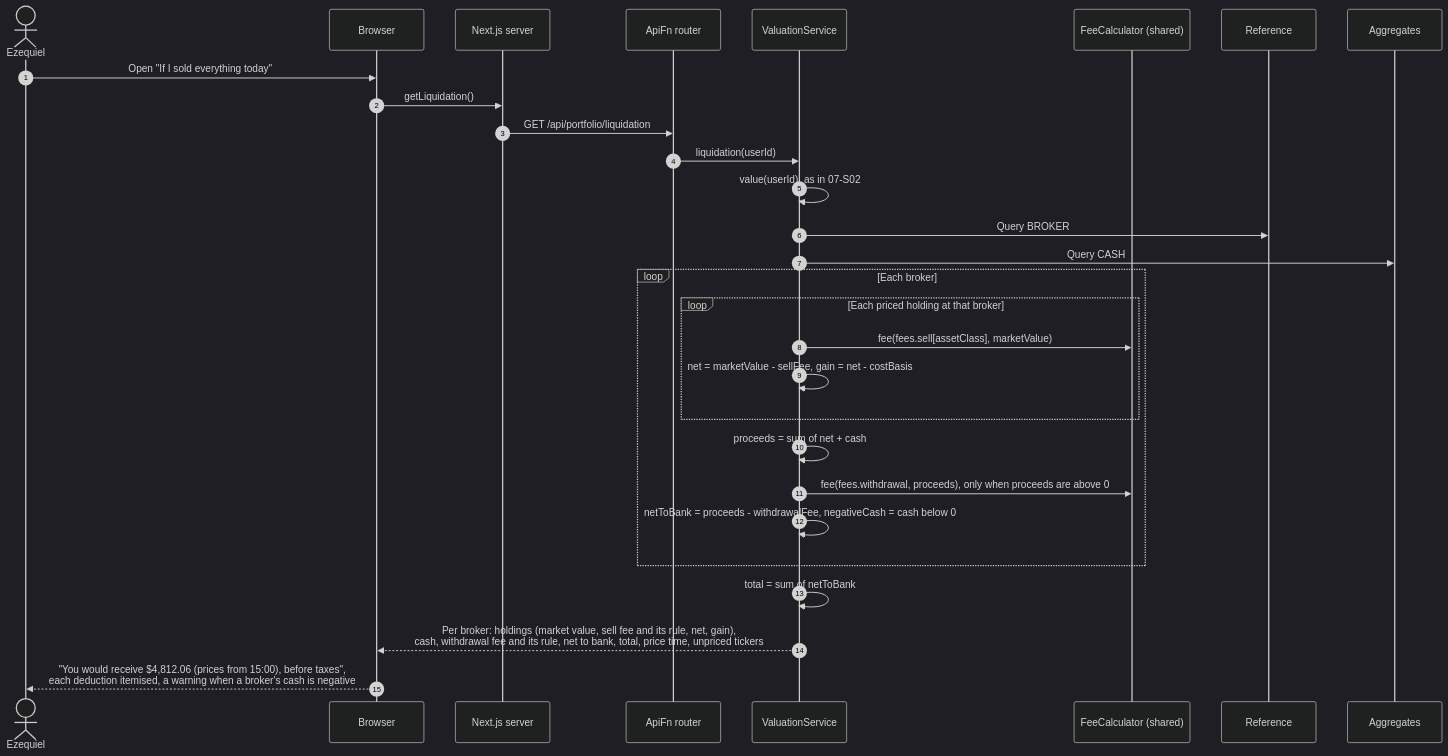
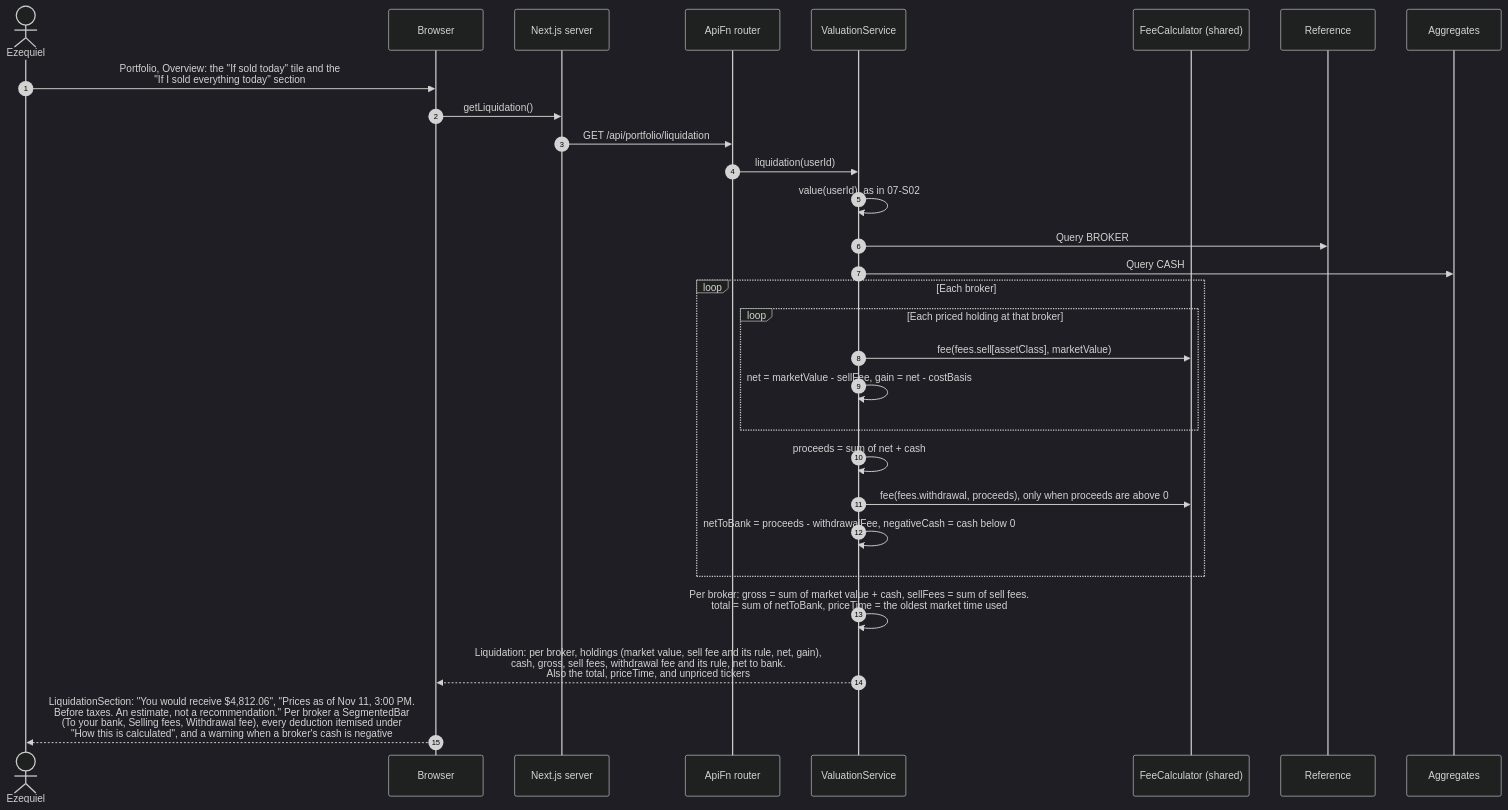
One commit to Ezequiel294/cs3365-finance-app changed the sixth of 6 diagrams in docs/diagrams/sequences/07-investments-and-net-worth.md. Above: the diagram before and after it, drawn with Mermaid (dark theme). The commit also changed other lines of this file and 18 other files, not shown here.

Commit message:
attempt 3 design/architecture changes

````diff
--- a/docs/diagrams/sequences/07-investments-and-net-worth.md
+++ b/docs/diagrams/sequences/07-investments-and-net-worth.md
@@ -280,32 +355,32 @@
 ```mermaid
 sequenceDiagram
     autonumber
     actor U as Ezequiel
     participant UI as Browser
     participant Web as Next.js server
     participant API as ApiFn router
     participant VS as ValuationService
     participant FC as FeeCalculator (shared)
     participant Ref as Reference
     participant Agg as Aggregates
 
-    U->>UI: Open "If I sold everything today"
+    U->>UI: Portfolio, Overview: the "If sold today" tile and the<br/>"If I sold everything today" section
     UI->>Web: getLiquidation()
     Web->>API: GET /api/portfolio/liquidation
     API->>VS: liquidation(userId)
     VS->>VS: value(userId), as in 07-S02
     VS->>Ref: Query BROKER# (fee schedules)
     VS->>Agg: Query CASH# per broker
     loop Each broker
         loop Each priced holding at that broker
             VS->>FC: fee(fees.sell[assetClass], marketValue)
             VS->>VS: net = marketValue - sellFee, gain = net - costBasis
         end
         VS->>VS: proceeds = sum of net + cash
         VS->>FC: fee(fees.withdrawal, proceeds), only when proceeds are above 0
         VS->>VS: netToBank = proceeds - withdrawalFee, negativeCash = cash below 0
     end
-    VS->>VS: total = sum of netToBank
-    VS-->>UI: Per broker: holdings (market value, sell fee and its rule, net, gain),<br/>cash, withdrawal fee and its rule, net to bank, total, price time, unpriced tickers
-    UI-->>U: "You would receive $4,812.06 (prices from 15:00), before taxes",<br/>each deduction itemised, a warning when a broker's cash is negative
+    VS->>VS: Per broker: gross = sum of market value + cash, sellFees = sum of sell fees.<br/>total = sum of netToBank, priceTime = the oldest market time used
+    VS-->>UI: Liquidation: per broker, holdings (market value, sell fee and its rule, net, gain),<br/>cash, gross, sell fees, withdrawal fee and its rule, net to bank.<br/>Also the total, priceTime, and unpriced tickers
+    UI-->>U: LiquidationSection: "You would receive $4,812.06", "Prices as of Nov 11, 3:00 PM.<br/>Before taxes. An estimate, not a recommendation." Per broker a SegmentedBar<br/>(To your bank, Selling fees, Withdrawal fee), every deduction itemised under<br/>"How this is calculated", and a warning when a broker's cash is negative
 ```
````
